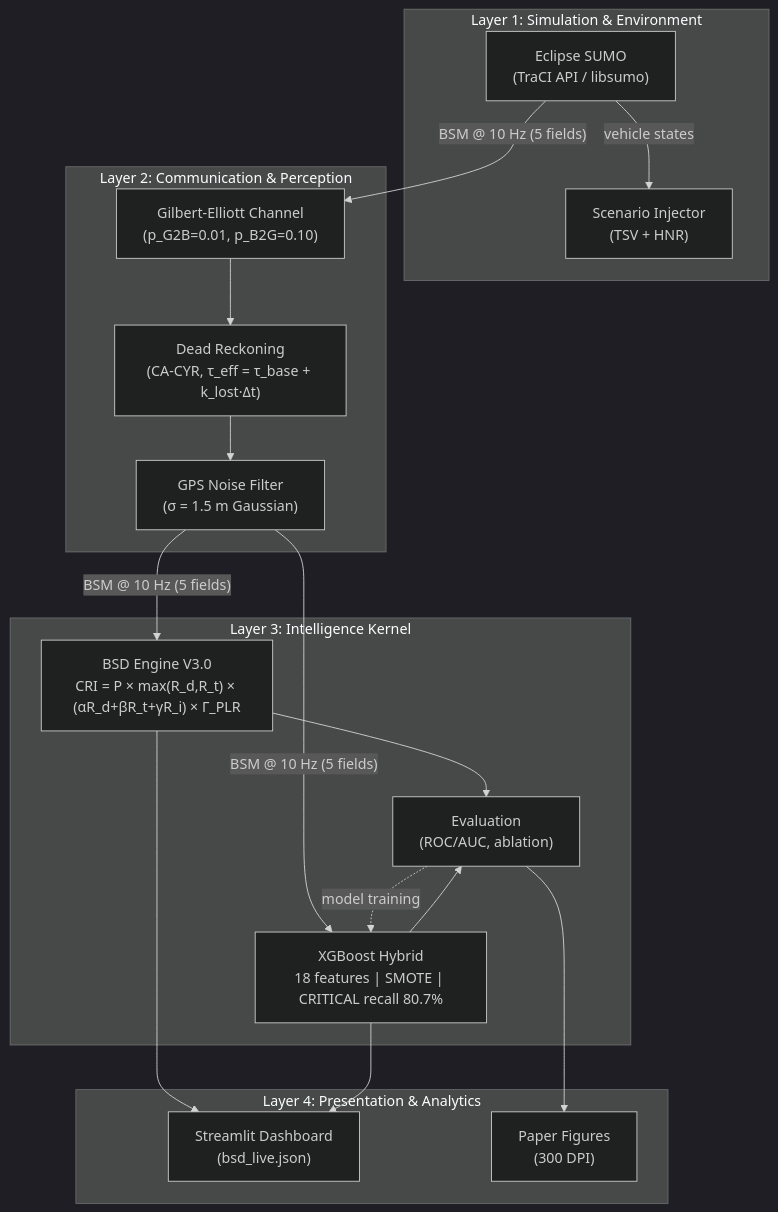
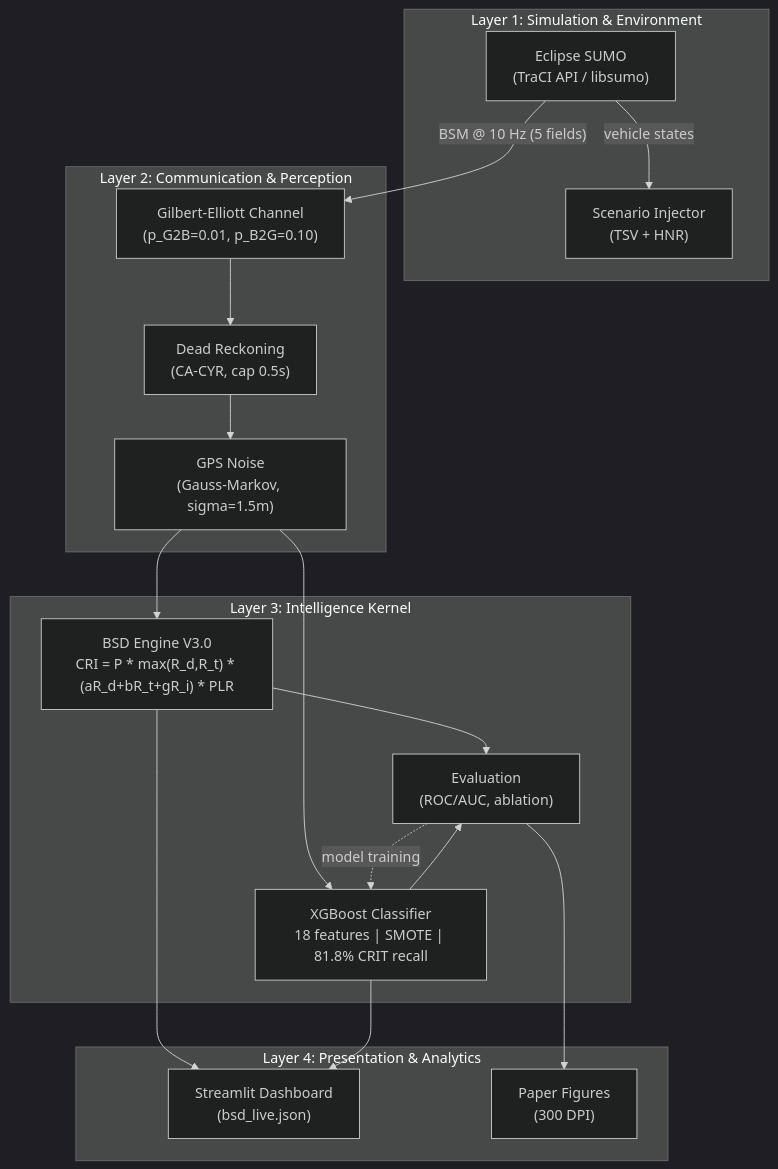
One commit to omkarrr88/V2V changed the diagram in README.md. Above: the diagram before and after it, drawn with Mermaid (dark theme). The commit also changed other lines of this file and 22 other files, not shown here.

````diff
--- a/README.md
+++ b/README.md
@@ -79,26 +76,26 @@
 ```mermaid
 graph TD
     subgraph "Layer 1: Simulation & Environment"
         SUMO["Eclipse SUMO\n(TraCI API / libsumo)"] -- "vehicle states" --> Inj["Scenario Injector\n(TSV + HNR)"]
     end
 
     subgraph "Layer 2: Communication & Perception"
         SUMO -- "BSM @ 10 Hz (5 fields)" --> Comm["Gilbert-Elliott Channel\n(p_G2B=0.01, p_B2G=0.10)"]
-        Comm --> DR["Dead Reckoning\n(CA-CYR, τ_eff = τ_base + k_lost·Δt)"]
-        DR --> GPS["GPS Noise Filter\n(σ = 1.5 m Gaussian)"]
+        Comm --> DR["Dead Reckoning\n(CA-CYR, cap 0.5s)"]
+        DR --> GPS["GPS Noise\n(Gauss-Markov, sigma=1.5m)"]
     end
 
     subgraph "Layer 3: Intelligence Kernel"
-        GPS -- "BSM @ 10 Hz (5 fields)" --> Engine["BSD Engine V3.0\nCRI = P × max(R_d,R_t) × (αR_d+βR_t+γR_i) × Γ_PLR"]
-        GPS -- "BSM @ 10 Hz (5 fields)" --> AI["XGBoost Hybrid\n18 features | SMOTE | CRITICAL recall 80.7%"]
+        GPS --> Engine["BSD Engine V3.0\nCRI = P * max(R_d,R_t) * (aR_d+bR_t+gR_i) * PLR"]
+        GPS --> AI["XGBoost Classifier\n18 features | SMOTE | 81.8% CRIT recall"]
         Eval["Evaluation\n(ROC/AUC, ablation)"] -. "model training" .-> AI
     end
 
     subgraph "Layer 4: Presentation & Analytics"
         Engine --> Dash["Streamlit Dashboard\n(bsd_live.json)"]
         AI --> Dash
         Engine --> Eval
         AI --> Eval
         Eval --> Paper["Paper Figures\n(300 DPI)"]
     end
 ```
````
